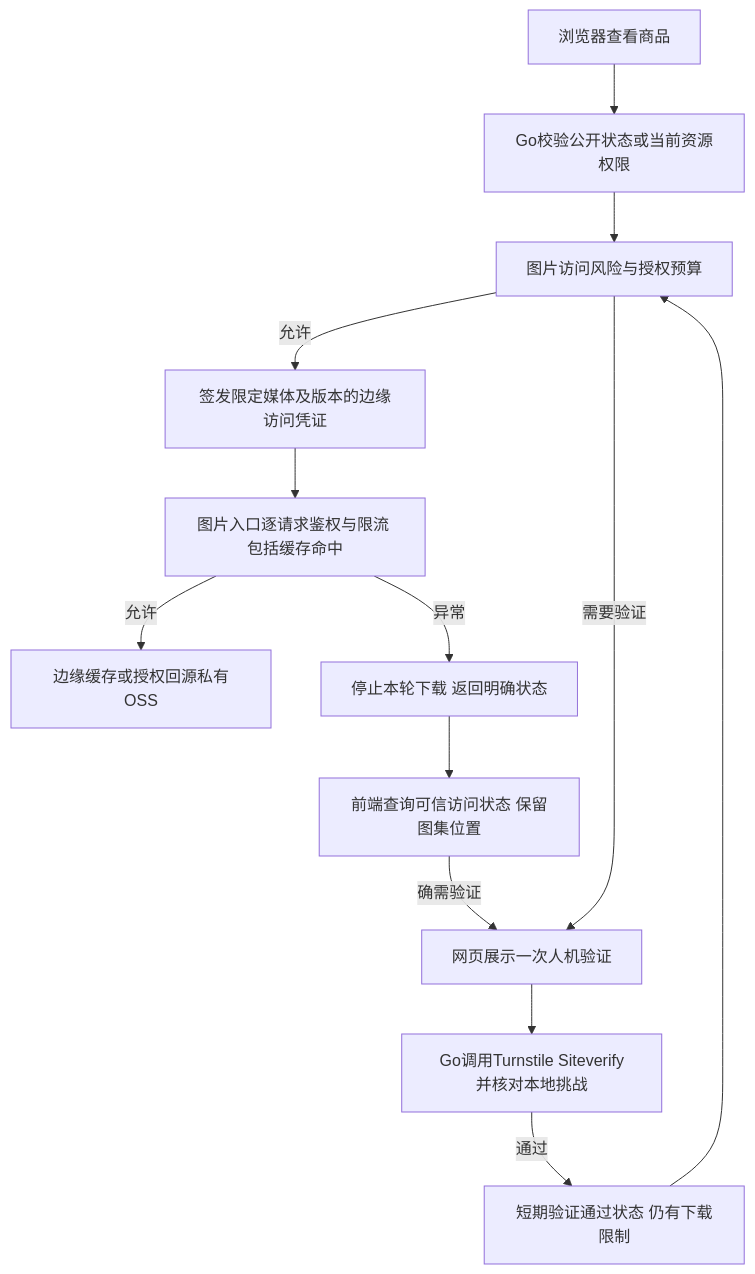
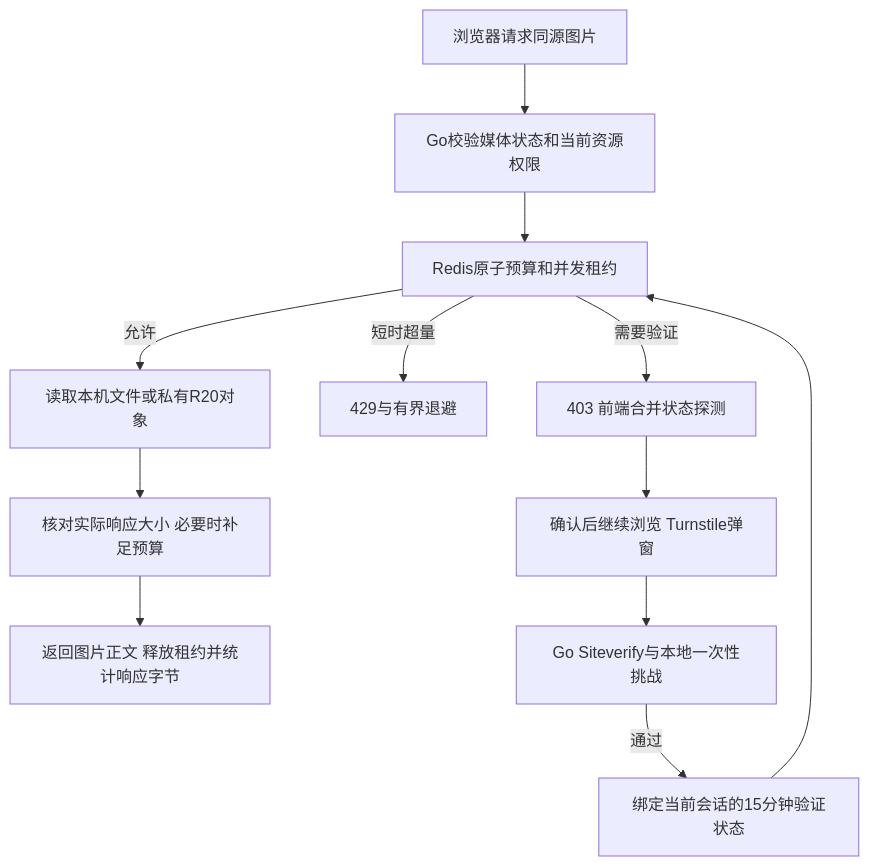
The diagram in 文档/计划/SECURITY-R20-1--图片防刷与验证加固计划.md (ZhaoZan010903/QingYeGame), drawn with Mermaid before and after one commit. The commit also changed other lines of this file and 52 other files, not shown here.

Commit message:
feat: 实现R20-1图片访问保护与Turnstile验证

````diff
--- a/文档/计划/SECURITY-R20-1--图片防刷与验证加固计划.md
+++ b/文档/计划/SECURITY-R20-1--图片防刷与验证加固计划.md
@@ -40,15 +17,14 @@
 ```mermaid
 flowchart TD
-    B[浏览器查看商品] --> G[Go校验公开状态或当前资源权限]
-    G --> R[图片访问风险与授权预算]
-    R -->|允许| T[签发限定媒体及版本的边缘访问凭证]
-    R -->|需要验证| C[网页展示一次人机验证]
-    C --> V[Go调用Turnstile Siteverify并核对本地挑战]
-    V -->|通过| P[短期验证通过状态 仍有下载限制]
-    P --> R
-    T --> E[图片入口逐请求鉴权与限流 包括缓存命中]
-    E -->|允许| I[边缘缓存或授权回源私有OSS]
-    E -->|异常| D[停止本轮下载 返回明确状态]
-    D --> S[前端查询可信访问状态 保留图集位置]
-    S -->|确需验证| C
+  B[浏览器请求同源图片] --> A[Go校验媒体状态和当前资源权限]
+  A --> R[Redis原子预算和并发租约]
+  R -->|允许| F[读取本机文件或私有R20对象]
+  F --> S[核对实际响应大小 必要时补足预算]
+  S --> I[返回图片正文 释放租约并统计响应字节]
+  R -->|短时超量| L[429与有界退避]
+  R -->|需要验证| C[403 前端合并状态探测]
+  C --> W[确认后继续浏览 Turnstile弹窗]
+  W --> V[Go Siteverify与本地一次性挑战]
+  V -->|通过| P[绑定当前会话的15分钟验证状态]
+  P --> R
 ```
````
